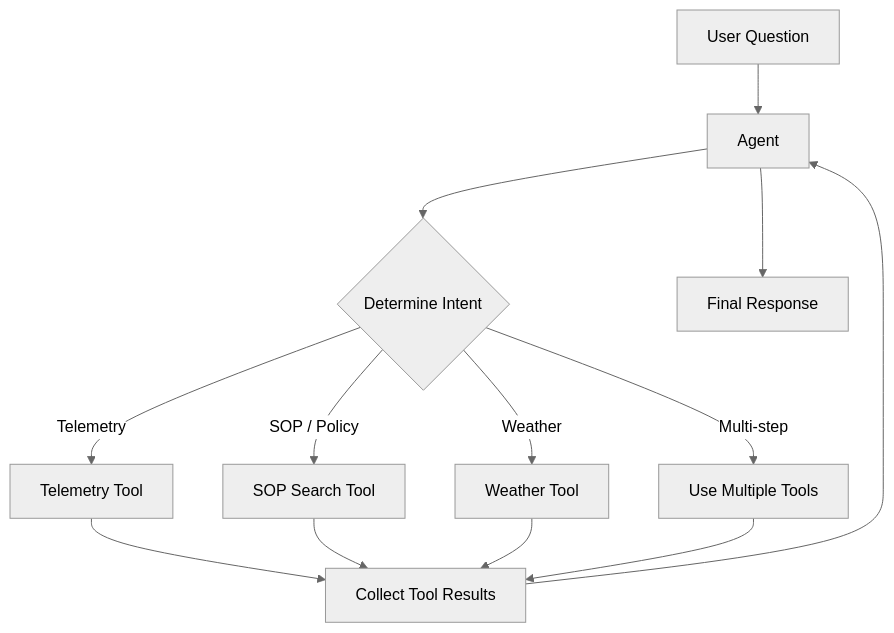
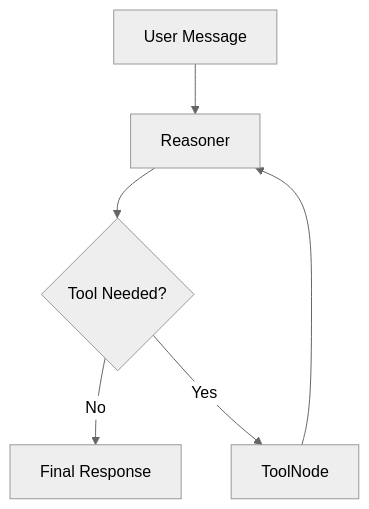
The fifth of 6 diagrams in docs/architecture.md (goravjhabakh/cold-chain-logistics), drawn with Mermaid (neutral theme) before and after one commit. The commit also changed other lines of this file and 2 other files, not shown here.

````diff
--- a/docs/architecture.md
+++ b/docs/architecture.md
@@ -170,19 +135,8 @@
 ```mermaid
 flowchart TD
-    U[User Question] --> A[Agent]
-
-    A --> I{Determine Intent}
-
-    I -->|Telemetry| T[Telemetry Tool]
-    I -->|SOP / Policy| S[SOP Search Tool]
-    I -->|Weather| W[Weather Tool]
-    I -->|Multi-step| M[Use Multiple Tools]
-
-    T --> R[Collect Tool Results]
-    S --> R
-    W --> R
-    M --> R
-
-    R --> A
-    A --> F[Final Response]
+    U[User Message] --> R[Reasoner]
+    R --> C{Tool Needed?}
+    C -->|No| F[Final Response]
+    C -->|Yes| T[ToolNode]
+    T --> R
 ```
````
